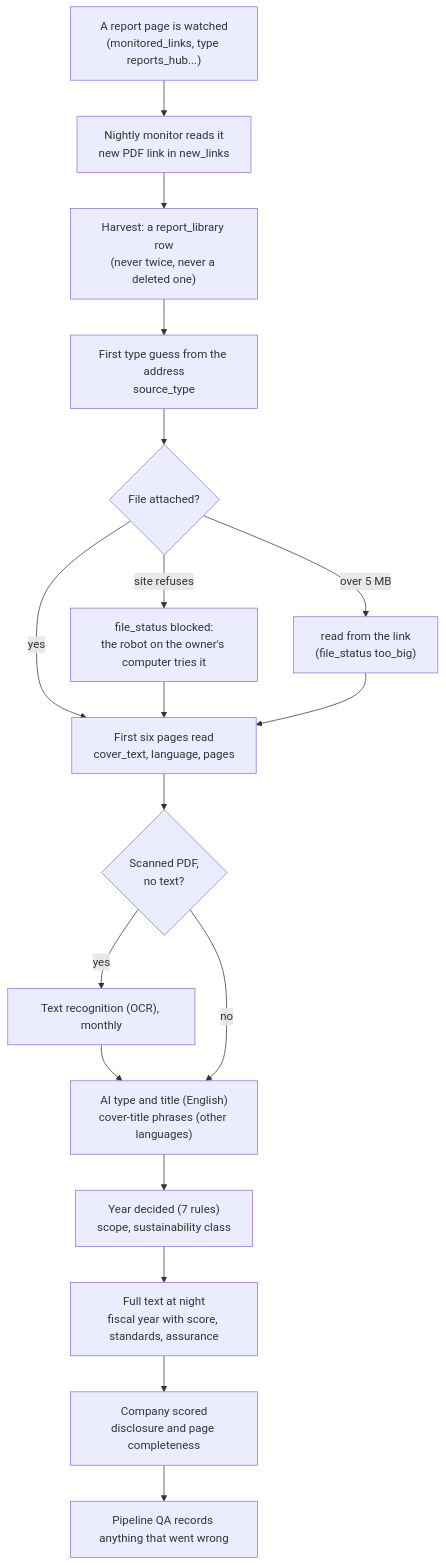
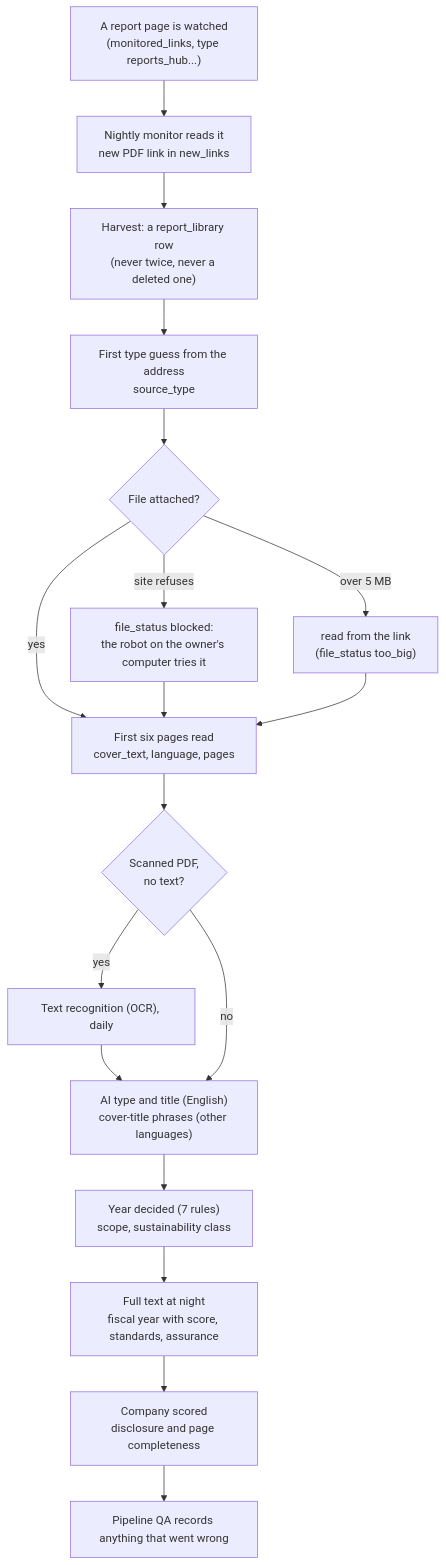
The second of 11 diagrams in docs/diagrams.md (led2192/wba-link-monitor), drawn with Mermaid before and after one commit. The commit also changed other lines of this file and 12 other files, not shown here.

First line of the commit message:
Run the backlog jobs more often: browser monitor twice a day, OCR daily with fresh attachment links

````diff
--- a/docs/diagrams.md
+++ b/docs/diagrams.md
@@ -49,19 +49,19 @@
 ```mermaid
 flowchart TD
   A["A report page is watched<br/>(monitored_links, type reports_hub...)"] --> B["Nightly monitor reads it<br/>new PDF link in new_links"]
   B --> C["Harvest: a report_library row<br/>(never twice, never a deleted one)"]
   C --> D["First type guess from the address<br/>source_type"]
   D --> E{"File attached?"}
   E -- "yes" --> G["First six pages read<br/>cover_text, language, pages"]
   E -- "site refuses" --> E2["file_status blocked:<br/>the robot on the owner's computer tries it"]
   E -- "over 5 MB" --> E3["read from the link<br/>(file_status too_big)"]
   E2 --> G
   E3 --> G
   G --> S{"Scanned PDF,<br/>no text?"}
-  S -- "yes" --> S2["Text recognition (OCR), monthly"] --> H
+  S -- "yes" --> S2["Text recognition (OCR), daily"] --> H
   S -- "no" --> H["AI type and title (English)<br/>cover-title phrases (other languages)"]
   H --> I["Year decided (7 rules)<br/>scope, sustainability class"]
   I --> J["Full text at night<br/>fiscal year with score, standards, assurance"]
   J --> K["Company scored<br/>disclosure and page completeness"]
   K --> L["Pipeline QA records anything that went wrong"]
 ```
````
